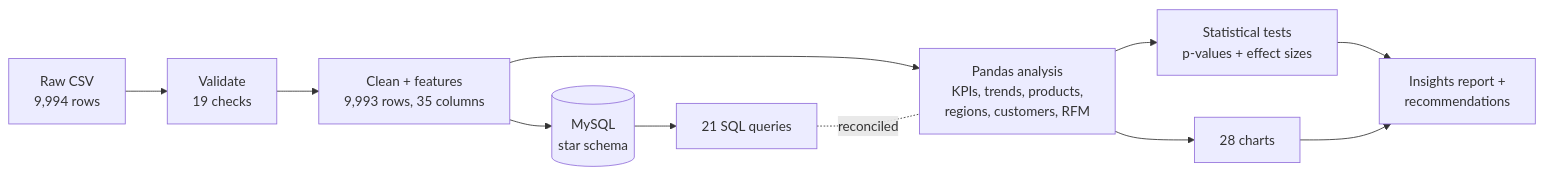
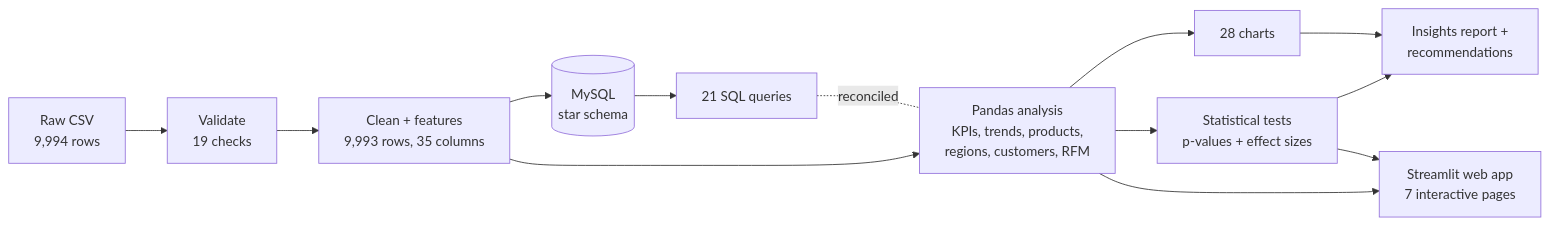
One commit to Kalai-coder-DS/SalesInsight changed the diagram in README.md. Above: the diagram before and after it, drawn with Mermaid. The commit also changed other lines of this file and 5 other files, not shown here.

````diff
--- a/README.md
+++ b/README.md
@@ -68,13 +70,15 @@
 ```mermaid
 flowchart LR
     A[Raw CSV<br/>9,994 rows] --> B[Validate<br/>19 checks]
     B --> C[Clean + features<br/>9,993 rows, 35 columns]
     C --> D[(MySQL<br/>star schema)]
     D --> E[21 SQL queries]
     C --> F[Pandas analysis<br/>KPIs, trends, products,<br/>regions, customers, RFM]
     F --> G[Statistical tests<br/>p-values + effect sizes]
     E -. reconciled .- F
     F --> H[28 charts]
     G --> I[Insights report +<br/>recommendations]
     H --> I
+    F --> W[Streamlit web app<br/>7 interactive pages]
+    G --> W
 ```
````
